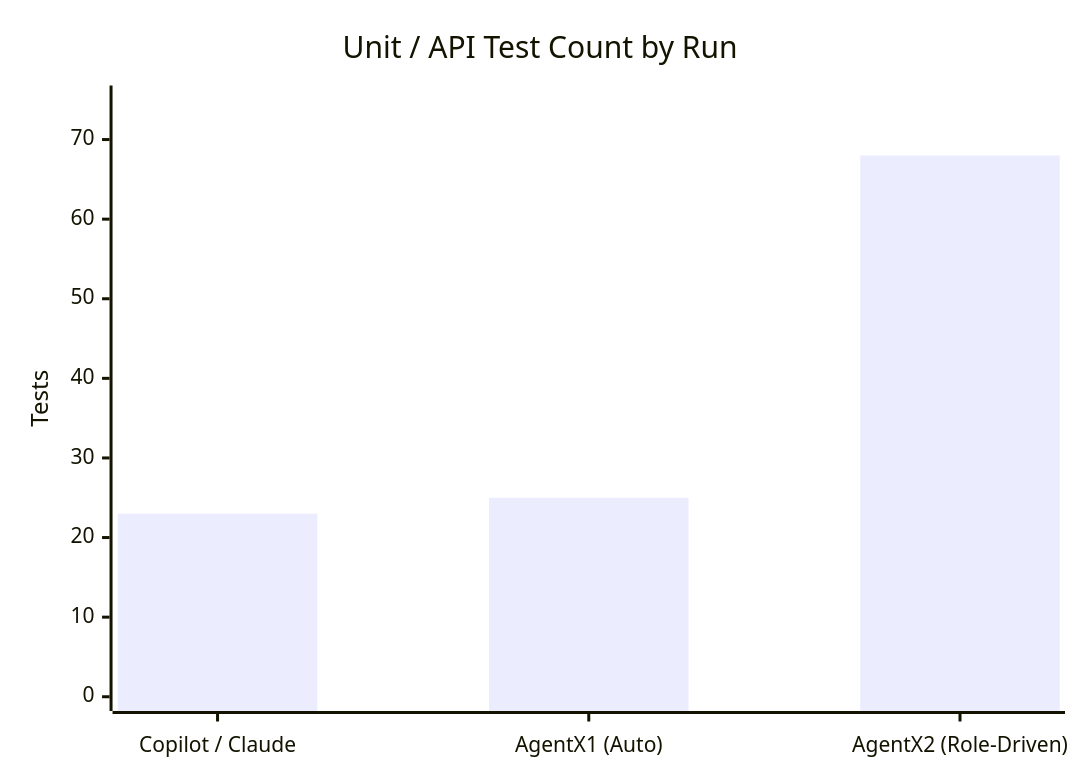
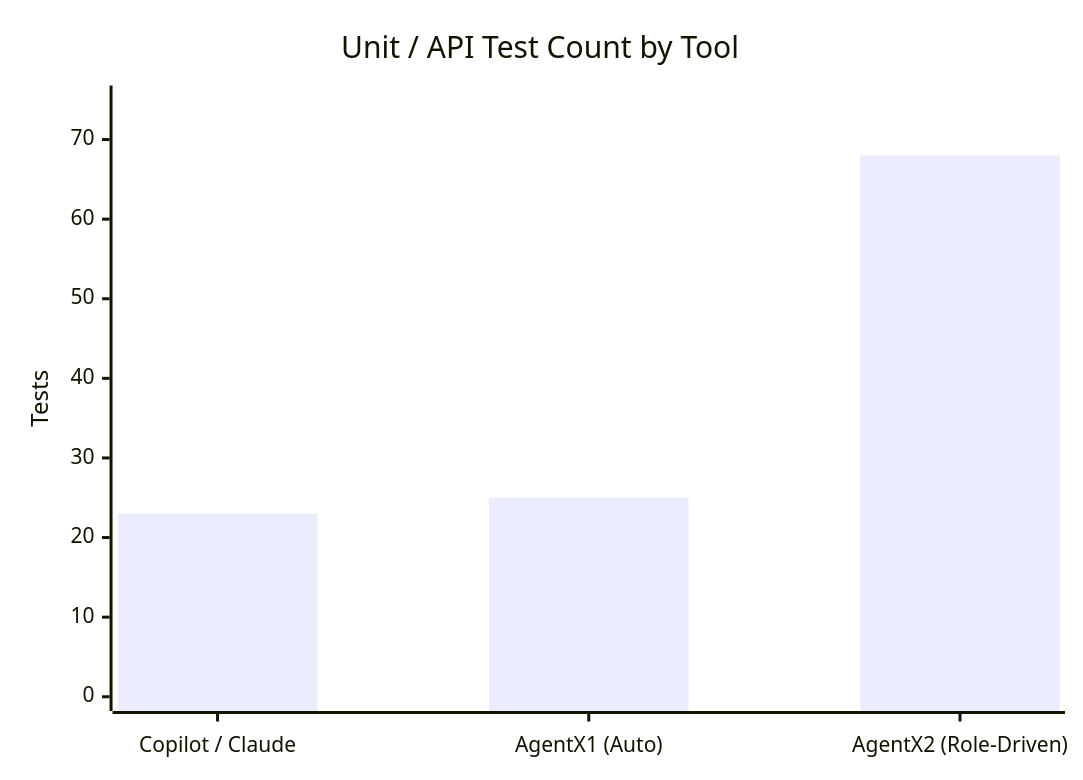
The second of 4 diagrams in README.md (dsmith111/agentx-copilot-comparison), drawn with Mermaid before and after one commit. The commit also changed other lines of this file, not shown here.

First line of the commit message:
address review feedback: clarify chart titles and quadrant axis methodology note

````diff
--- a/README.md
+++ b/README.md
@@ -234,7 +234,7 @@
 ```mermaid
 xychart-beta
-    title "Unit / API Test Count by Run"
+    title "Unit / API Test Count by Tool"
     x-axis ["Copilot / Claude", "AgentX1 (Auto)", "AgentX2 (Role-Driven)"]
     y-axis "Tests" 0 --> 75
     bar [23, 25, 68]
 ```
````
